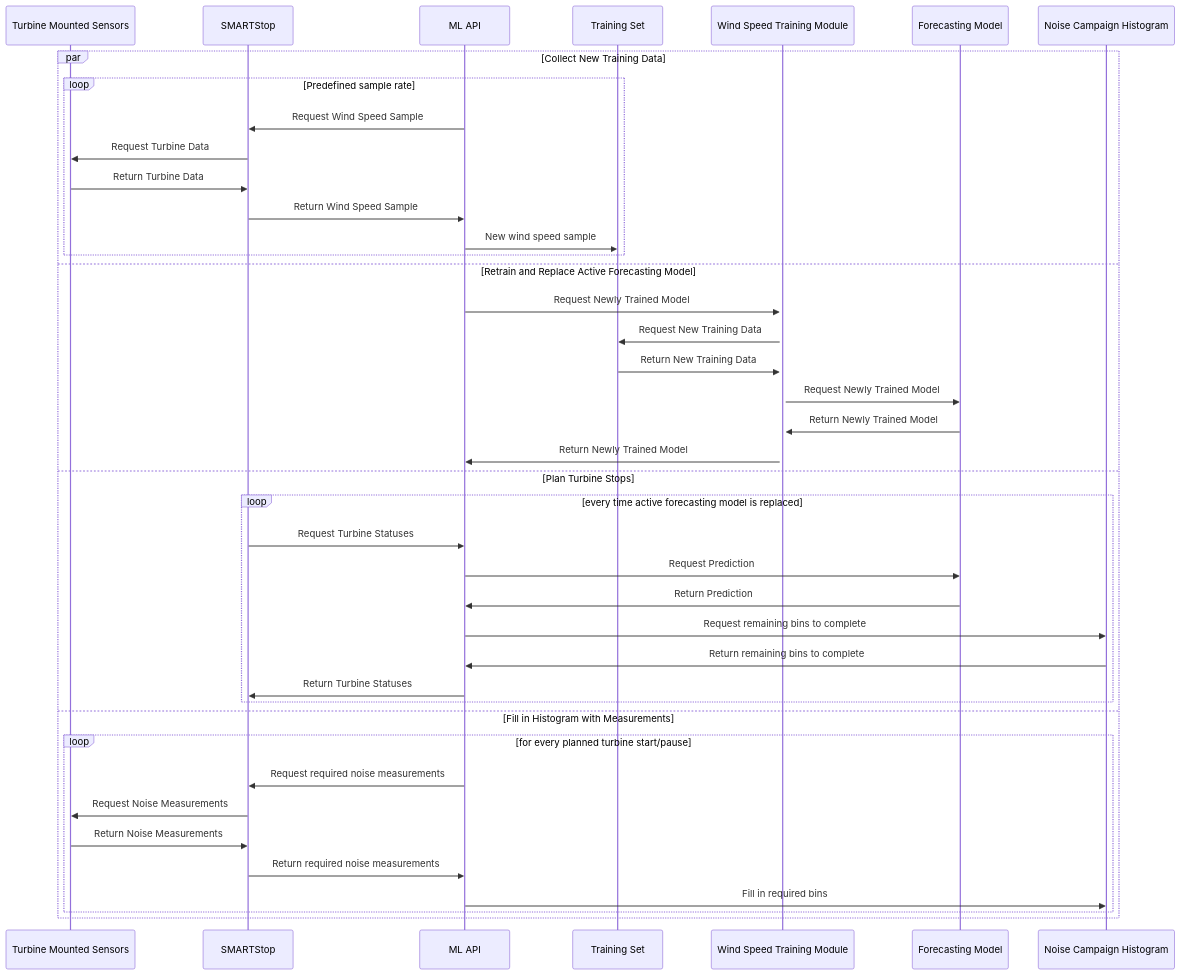
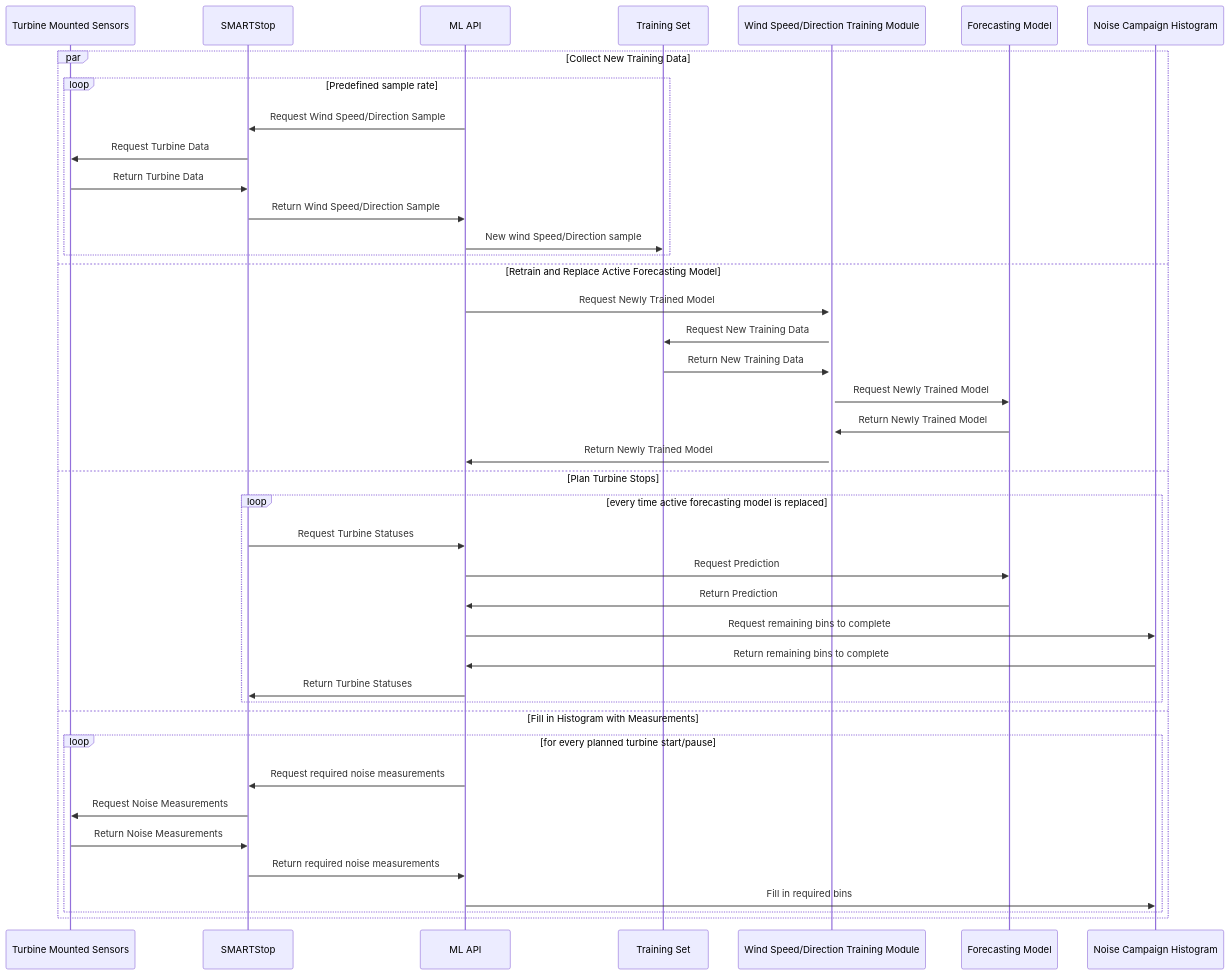
One commit to hannahmehravari/dissertation changed the diagram in README.md. Above: the diagram before and after it, drawn with Mermaid.

````diff
--- a/README.md
+++ b/README.md
@@ -4,39 +4,39 @@
 ```mermaid
 %% YOU NEED A MERMAID MARKDOWN PLUGIN TO RENDER THIS DIAGRAM 
 sequenceDiagram
     participant Turbine Mounted Sensors
     participant SMARTStop
     par Collect New Training Data
     loop Predefined sample rate
-    ML API->>SMARTStop: Request Wind Speed Sample
+    ML API->>SMARTStop: Request Wind Speed/Direction Sample
     SMARTStop->>Turbine Mounted Sensors:Request Turbine Data
     Turbine Mounted Sensors->>SMARTStop: Return Turbine Data
-    SMARTStop->>ML API: Return Wind Speed Sample
-    ML API ->> Training Set: New wind speed sample
+    SMARTStop->>ML API: Return Wind Speed/Direction Sample
+    ML API ->> Training Set: New wind Speed/Direction sample
     end
     and Retrain and Replace Active Forecasting Model
-    ML API->>+Wind Speed Training Module:Request Newly Trained Model
-    Wind Speed Training Module->>Training Set:Request New Training Data
-    Training Set->>Wind Speed Training Module: Return New Training Data
-    Wind Speed Training Module->>Forecasting Model: Request Newly Trained Model
-    Forecasting Model->>Wind Speed Training Module: Return Newly Trained Model
-    Wind Speed Training Module->> ML API: Return Newly Trained Model
+    ML API->>+Wind Speed/Direction Training Module:Request Newly Trained Model
+    Wind Speed/Direction Training Module->>Training Set:Request New Training Data
+    Training Set->>Wind Speed/Direction Training Module: Return New Training Data
+    Wind Speed/Direction Training Module->>Forecasting Model: Request Newly Trained Model
+    Forecasting Model->>Wind Speed/Direction Training Module: Return Newly Trained Model
+    Wind Speed/Direction Training Module->> ML API: Return Newly Trained Model
     and Plan Turbine Stops
     loop every time active forecasting model is replaced
     SMARTStop->>ML API:Request Turbine Statuses
     ML API->> Forecasting Model: Request Prediction
     Forecasting Model->>ML API:Return Prediction
     ML API->> Noise Campaign Histogram: Request remaining bins to complete
     Noise Campaign Histogram->>ML API: Return remaining bins to complete
     ML API ->> SMARTStop: Return Turbine Statuses
     end
     and Fill in Histogram with Measurements
     loop for every planned turbine start/pause
     ML API->> SMARTStop: Request required noise measurements
     SMARTStop->>Turbine Mounted Sensors:Request Noise Measurements
     Turbine Mounted Sensors->> SMARTStop: Return Noise Measurements
     SMARTStop ->>ML API: Return required noise measurements
     ML API ->> Noise Campaign Histogram: Fill in required bins
     end
     end
 ```
````
